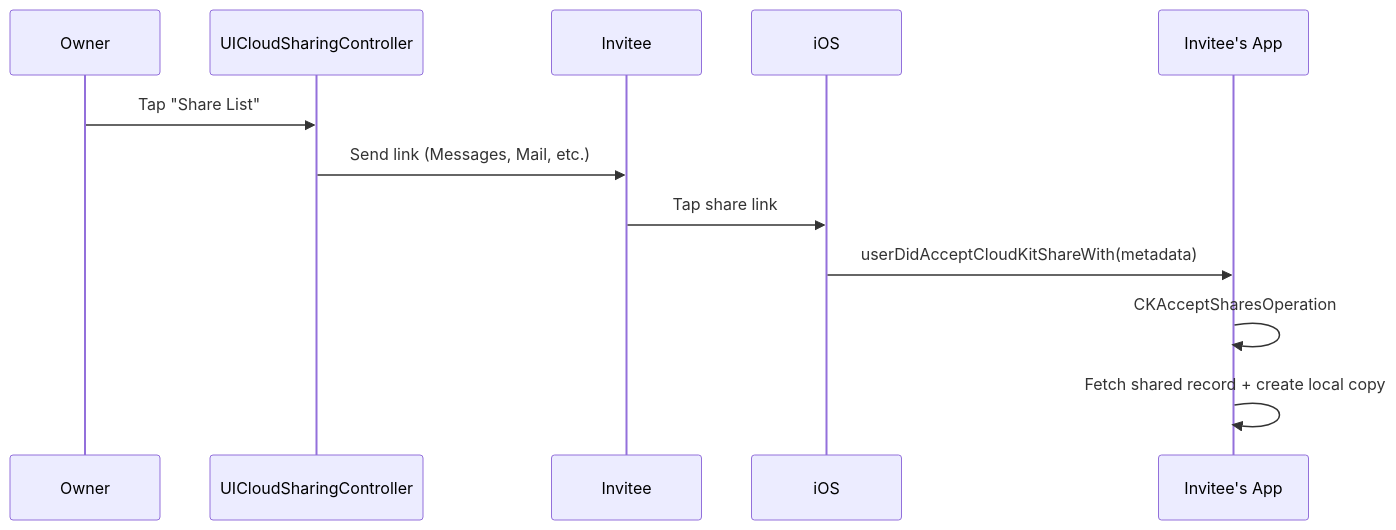
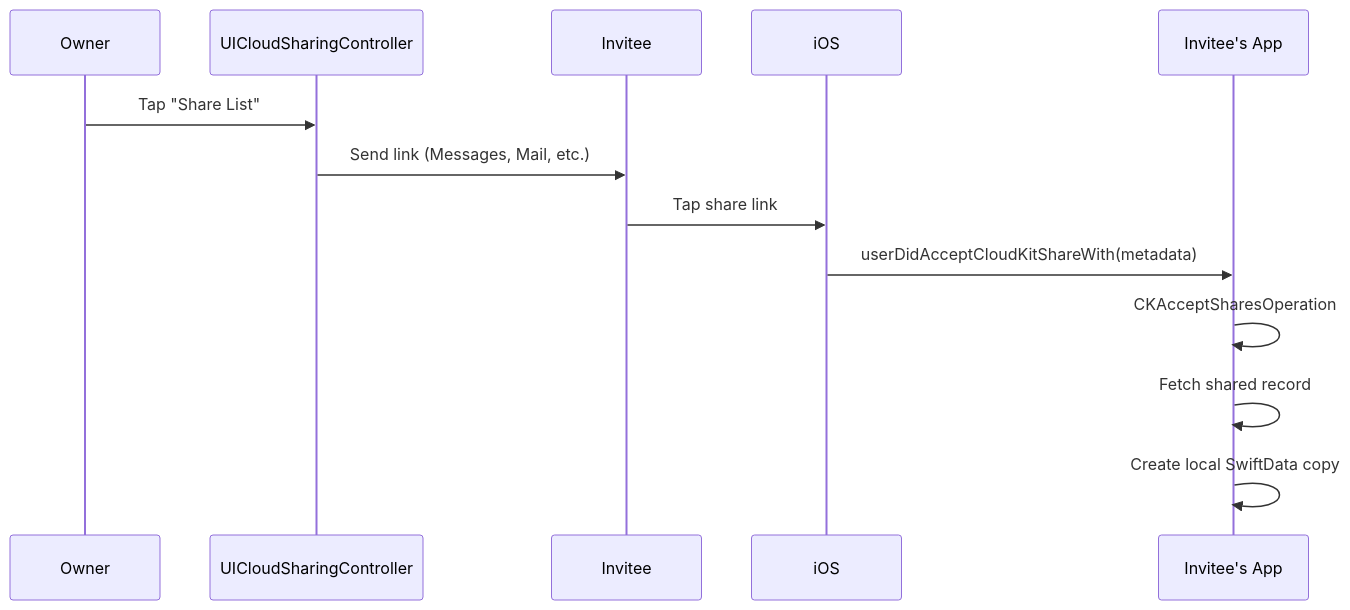
Before and after one commit to protos17/FamilyBudget: the first of 8 diagrams in README.md, drawn with Mermaid. The commit also changed other lines of this file and 12 other files, not shown here.

````diff
--- a/README.md
+++ b/README.md
@@ -55,15 +60,16 @@
 ```mermaid
 sequenceDiagram
     participant Owner
     participant Apple as UICloudSharingController
     participant Invitee
     participant iOS
     participant App as Invitee's App
 
     Owner->>Apple: Tap "Share List"
     Apple->>Invitee: Send link (Messages, Mail, etc.)
     Invitee->>iOS: Tap share link
     iOS->>App: userDidAcceptCloudKitShareWith(metadata)
     App->>App: CKAcceptSharesOperation
-    App->>App: Fetch shared record + create local copy
+    App->>App: Fetch shared record
+    App->>App: Create local SwiftData copy
 ```
````
